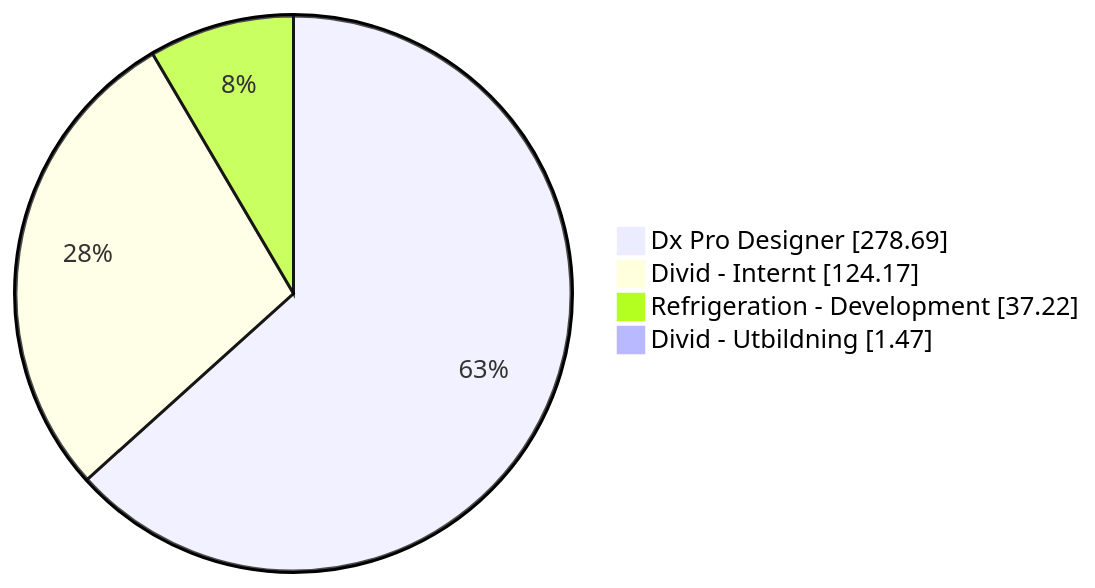
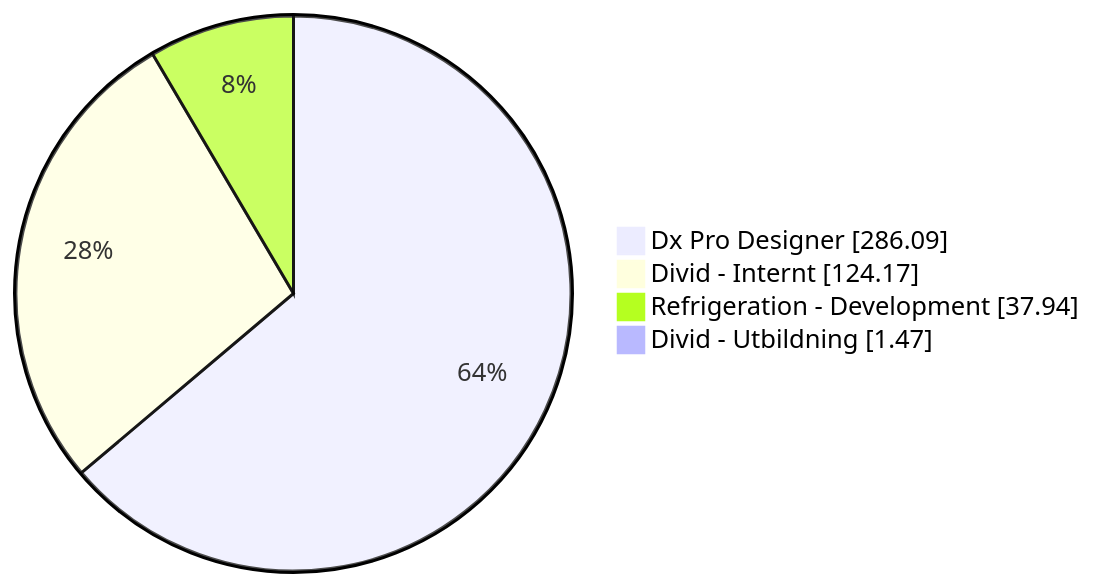
The first of 5 diagrams in README.org (albinforsberg-netizen/timeclock), drawn with Mermaid before and after one commit. The commit also changed other lines of this file, not shown here.

```diff
--- a/README.org
+++ b/README.org
@@ -32,7 +32,7 @@
 #+begin_src mermaid
 pie showData
-    "Dx Pro Designer" : 278.69
+    "Dx Pro Designer" : 286.09
     "Divid - Internt" : 124.17
-    "Refrigeration - Development" : 37.22
+    "Refrigeration - Development" : 37.94
     "Divid - Utbildning" : 1.47
 #+end_src
```
